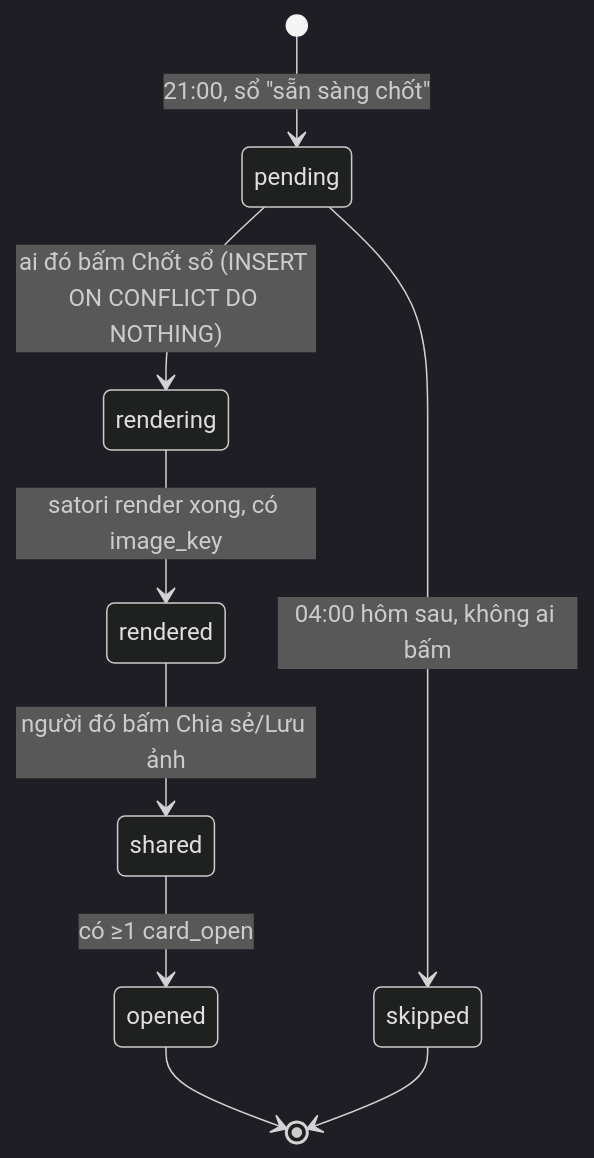
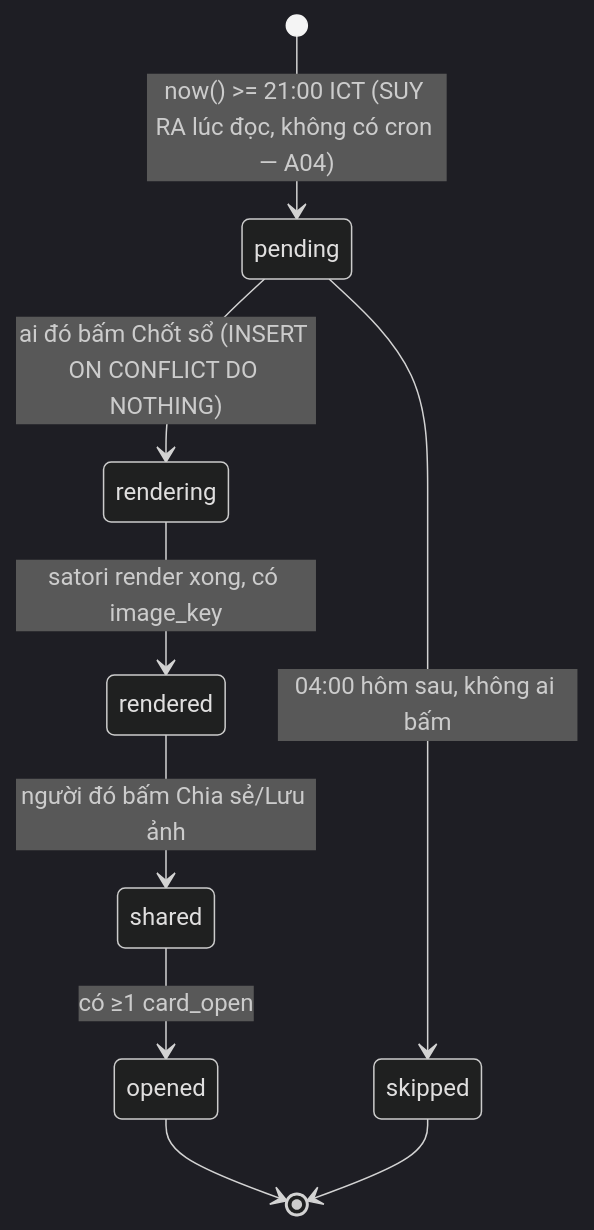
Before and after one commit to Mrnobody102/teemi: the fourth of 5 diagrams in docs/plan/04-data-model-va-co-che.md, drawn with Mermaid (dark theme). The commit also changed other lines of this file and 22 other files, not shown here.

````diff
--- a/docs/plan/04-data-model-va-co-che.md
+++ b/docs/plan/04-data-model-va-co-che.md
@@ -734,11 +765,11 @@
 ```mermaid
 stateDiagram-v2
-    [*] --> pending: 21:00, sổ "sẵn sàng chốt"
+    [*] --> pending: now() >= 21:00 ICT (SUY RA lúc đọc, không có cron — A04)
     pending --> rendering: ai đó bấm Chốt sổ (INSERT ON CONFLICT DO NOTHING)
     rendering --> rendered: satori render xong, có image_key
     rendered --> shared: người đó bấm Chia sẻ/Lưu ảnh
     shared --> opened: có ≥1 card_open
     pending --> skipped: 04:00 hôm sau, không ai bấm
     opened --> [*]
     skipped --> [*]
 ```
````
